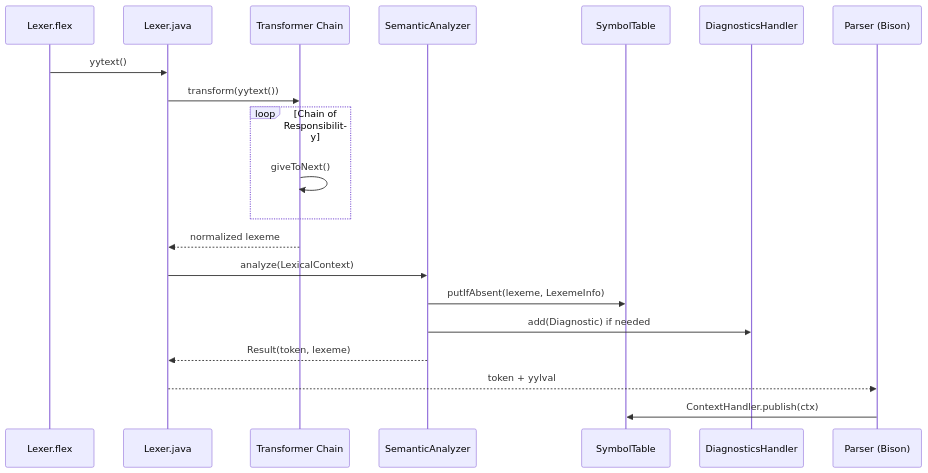
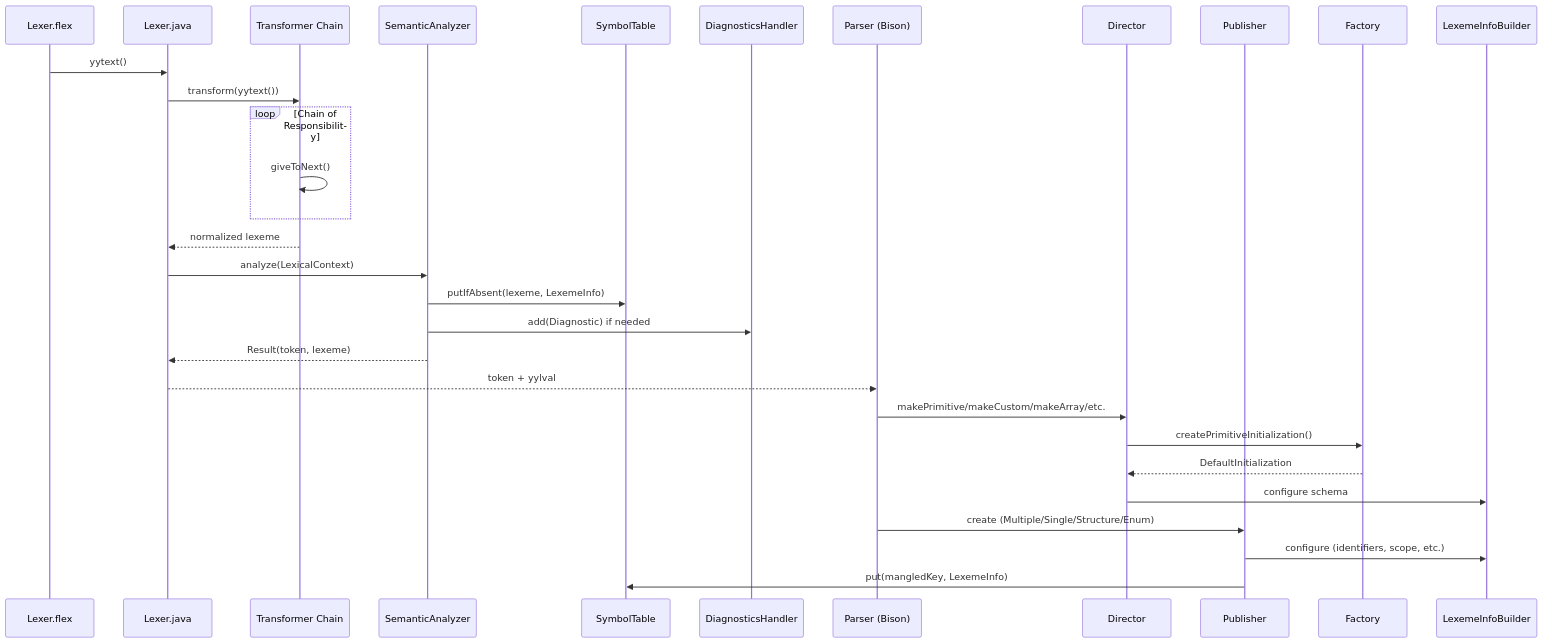
The fourth of 6 diagrams in doc/modules/parser.md (PascalUser/FLC-IEC61131-7), drawn with Mermaid before and after one commit. The commit also changed other lines of this file and 39 other files, not shown here.

````diff
--- a/doc/modules/parser.md
+++ b/doc/modules/parser.md
@@ -458,24 +636,32 @@
 ```mermaid
 sequenceDiagram
     participant JFlex as Lexer.flex
     participant Lexer as Lexer.java
     participant Transformer as Transformer Chain
     participant Analyzer as SemanticAnalyzer
     participant ST as SymbolTable
     participant Diag as DiagnosticsHandler
     participant Parser as Parser (Bison)
+    participant Director as Director
+    participant Publisher as Publisher
+    participant Factory as Factory
 
     JFlex->>Lexer: yytext()
     Lexer->>Transformer: transform(yytext())
     loop Chain of Responsibility
         Transformer->>Transformer: giveToNext()
     end
     Transformer-->>Lexer: normalized lexeme
     Lexer->>Analyzer: analyze(LexicalContext)
     Analyzer->>ST: putIfAbsent(lexeme, LexemeInfo)
     Analyzer->>Diag: add(Diagnostic) if needed
     Analyzer-->>Lexer: Result(token, lexeme)
     Lexer-->>Parser: token + yylval
-    Parser->>ST: ContextHandler.publish(ctx)
-
+    Parser->>Director: makePrimitive/makeCustom/makeArray/etc.
+    Director->>Factory: createPrimitiveInitialization()
+    Factory-->>Director: DefaultInitialization
+    Director->>LexemeInfoBuilder: configure schema
+    Parser->>Publisher: create (Multiple/Single/Structure/Enum)
+    Publisher->>LexemeInfoBuilder: configure (identifiers, scope, etc.)
+    Publisher->>ST: put(mangledKey, LexemeInfo)
 ```
````
